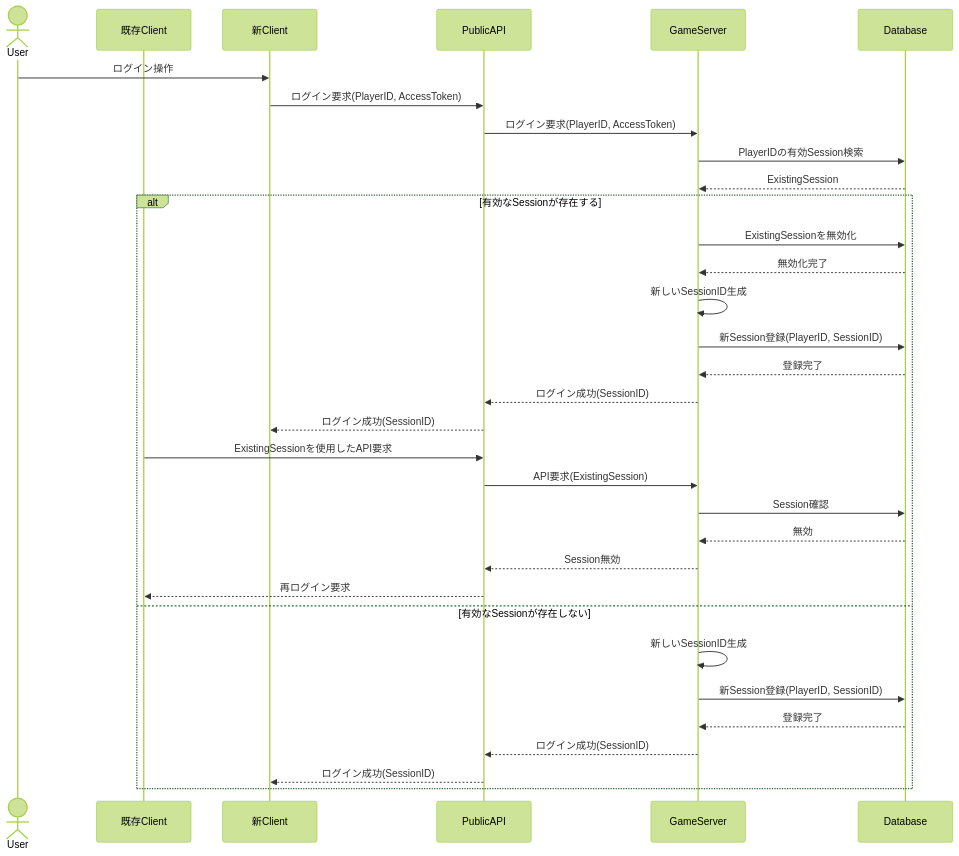
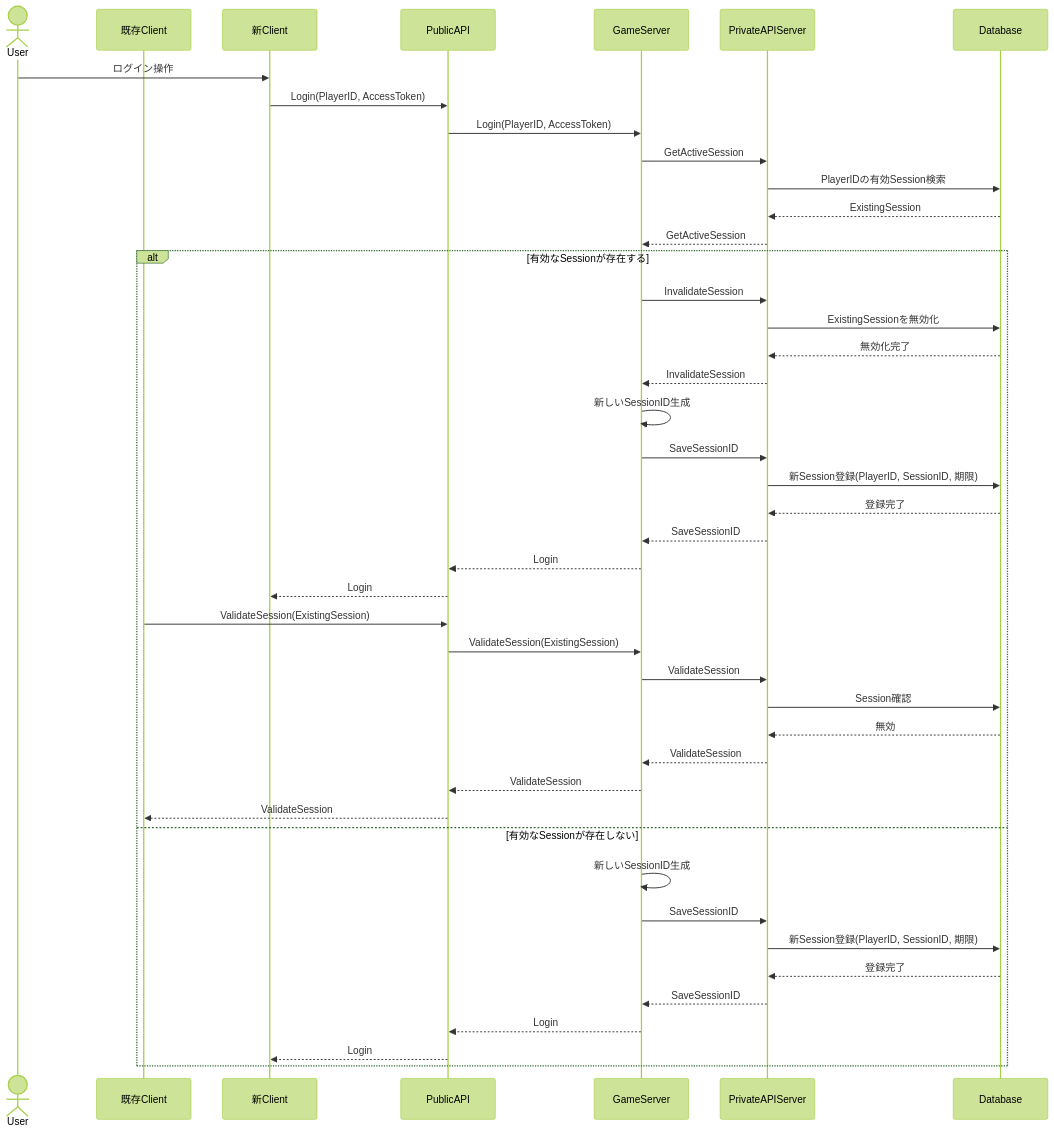
Before and after one commit to ReHydrangeaOdyssey/Specifications: the second of 2 diagrams in session.md, drawn with Mermaid (forest theme). The commit also changed other lines of this file and 15 other files, not shown here.

````diff
--- a/session.md
+++ b/session.md
@@ -79,42 +80,53 @@
 ```mermaid
 sequenceDiagram
     actor User
     participant ClientA as 既存Client
     participant ClientB as 新Client
     participant PublicAPI
     participant GameServer
+    participant PrivateAPIServer
     participant Database
 
     User->>ClientB: ログイン操作
-    ClientB->>PublicAPI: ログイン要求(PlayerID, AccessToken)
-    PublicAPI->>GameServer: ログイン要求(PlayerID, AccessToken)
+    ClientB->>PublicAPI: Login(PlayerID, AccessToken)
+    PublicAPI->>GameServer: Login(PlayerID, AccessToken)
 
-    GameServer->>Database: PlayerIDの有効Session検索
-    Database-->>GameServer: ExistingSession
+    GameServer->>PrivateAPIServer: GetActiveSession
+    PrivateAPIServer->>Database: PlayerIDの有効Session検索
+    Database-->>PrivateAPIServer: ExistingSession
+    PrivateAPIServer-->>GameServer: GetActiveSession
 
     alt 有効なSessionが存在する
-        GameServer->>Database: ExistingSessionを無効化
-        Database-->>GameServer: 無効化完了
+        GameServer->>PrivateAPIServer: InvalidateSession
+        PrivateAPIServer->>Database: ExistingSessionを無効化
+        Database-->>PrivateAPIServer: 無効化完了
+        PrivateAPIServer-->>GameServer: InvalidateSession
 
         GameServer->>GameServer: 新しいSessionID生成
-        GameServer->>Database: 新Session登録(PlayerID, SessionID)
-        Database-->>GameServer: 登録完了
+        GameServer->>PrivateAPIServer: SaveSessionID
+        PrivateAPIServer->>Database: 新Session登録(PlayerID, SessionID, 期限)
+        Database-->>PrivateAPIServer: 登録完了
+        PrivateAPIServer-->>GameServer: SaveSessionID
 
-        GameServer-->>PublicAPI: ログイン成功(SessionID)
-        PublicAPI-->>ClientB: ログイン成功(SessionID)
+        GameServer-->>PublicAPI: Login
+        PublicAPI-->>ClientB: Login
 
-        ClientA->>PublicAPI: ExistingSessionを使用したAPI要求
-        PublicAPI->>GameServer: API要求(ExistingSession)
-        GameServer->>Database: Session確認
-        Database-->>GameServer: 無効
-        GameServer-->>PublicAPI: Session無効
-        PublicAPI-->>ClientA: 再ログイン要求
+        ClientA->>PublicAPI: ValidateSession(ExistingSession)
+        PublicAPI->>GameServer: ValidateSession(ExistingSession)
+        GameServer->>PrivateAPIServer: ValidateSession
+        PrivateAPIServer->>Database: Session確認
+        Database-->>PrivateAPIServer: 無効
+        PrivateAPIServer-->>GameServer: ValidateSession
+        GameServer-->>PublicAPI: ValidateSession
+        PublicAPI-->>ClientA: ValidateSession
     else 有効なSessionが存在しない
         GameServer->>GameServer: 新しいSessionID生成
-        GameServer->>Database: 新Session登録(PlayerID, SessionID)
-        Database-->>GameServer: 登録完了
+        GameServer->>PrivateAPIServer: SaveSessionID
+        PrivateAPIServer->>Database: 新Session登録(PlayerID, SessionID, 期限)
+        Database-->>PrivateAPIServer: 登録完了
+        PrivateAPIServer-->>GameServer: SaveSessionID
 
-        GameServer-->>PublicAPI: ログイン成功(SessionID)
-        PublicAPI-->>ClientB: ログイン成功(SessionID)
+        GameServer-->>PublicAPI: Login
+        PublicAPI-->>ClientB: Login
     end
 ```
````
